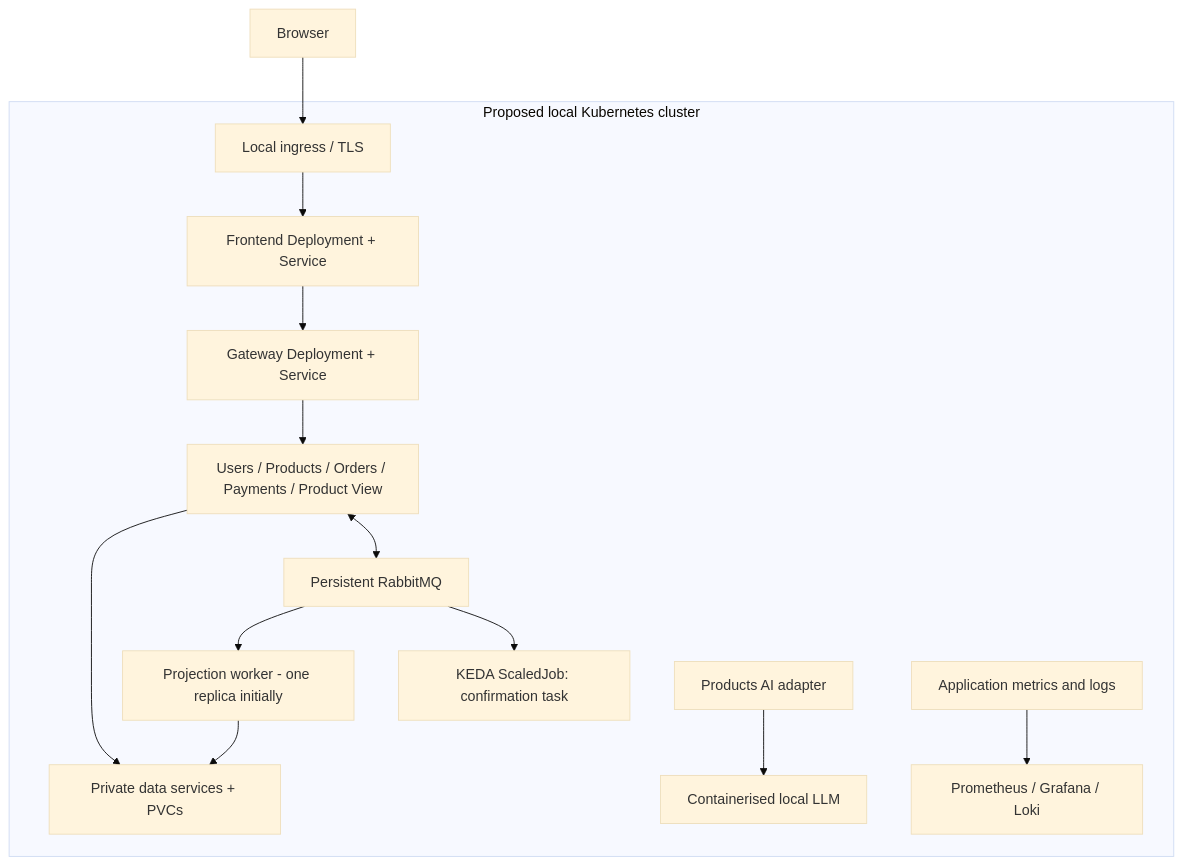
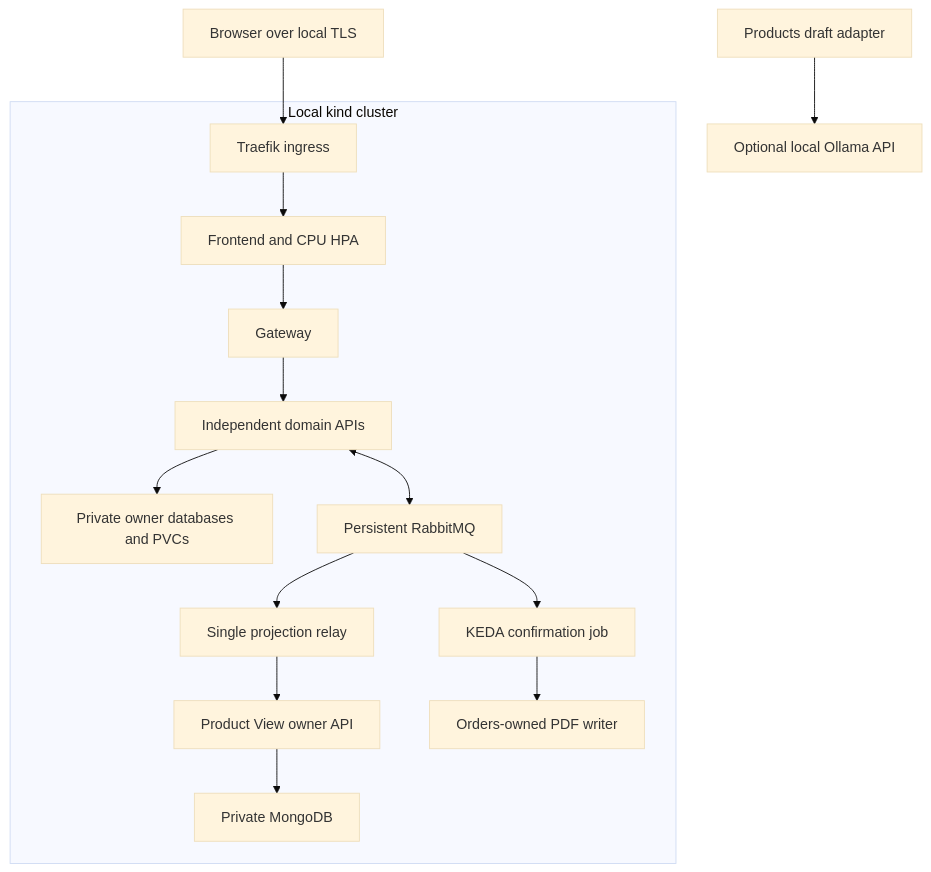
The first of 3 diagrams in documentation/Report.md (AhmadAlkaseb/aj), drawn with Mermaid (base theme) before and after one commit. The commit also changed other lines of this file and 120 other files, not shown here.

````diff
--- a/documentation/Report.md
+++ b/documentation/Report.md
@@ -333,16 +403,17 @@
 ```mermaid
 flowchart TD
-    Browser[Browser] --> Ingress[Local ingress / TLS]
-    subgraph Cluster[Proposed local Kubernetes cluster]
-        Ingress --> Frontend[Frontend Deployment + Service]
-        Frontend --> Gateway[Gateway Deployment + Service]
-        Gateway --> APIs[Users / Products / Orders / Payments / Product View]
-        APIs --> Data[Private data services + PVCs]
+    Browser[Browser over local TLS] --> Ingress[Traefik ingress]
+    subgraph Cluster[Local kind cluster]
+        Ingress --> Frontend[Frontend and CPU HPA]
+        Frontend --> Gateway[Gateway]
+        Gateway --> APIs[Independent domain APIs]
+        APIs --> Owners[Private owner databases and PVCs]
         APIs <--> Rabbit[Persistent RabbitMQ]
-        Rabbit --> Projection[Projection worker - one replica initially]
-        Projection --> Data
-        ProductsAI[Products AI adapter] --> LLM[Containerised local LLM]
-        Rabbit --> Jobs[KEDA ScaledJob: confirmation task]
-        AppsMetrics[Application metrics and logs] --> Observability[Prometheus / Grafana / Loki]
+        Rabbit --> Synchronizer[Single projection relay]
+        Synchronizer --> View[Product View owner API]
+        View --> Mongo[Private MongoDB]
+        Rabbit --> Job[KEDA confirmation job]
+        Job --> Artifact[Orders-owned PDF writer]
     end
+    Products[Products draft adapter] --> Ollama[Optional local Ollama API]
 ```
````
